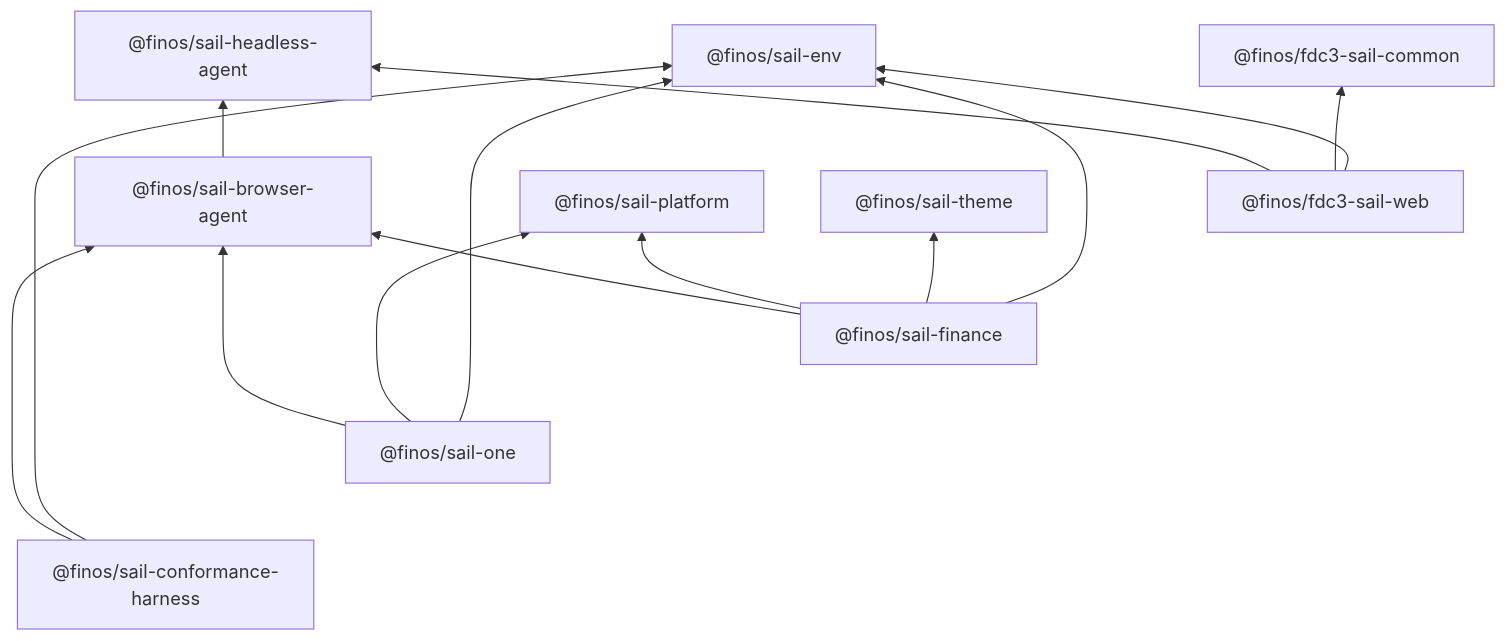
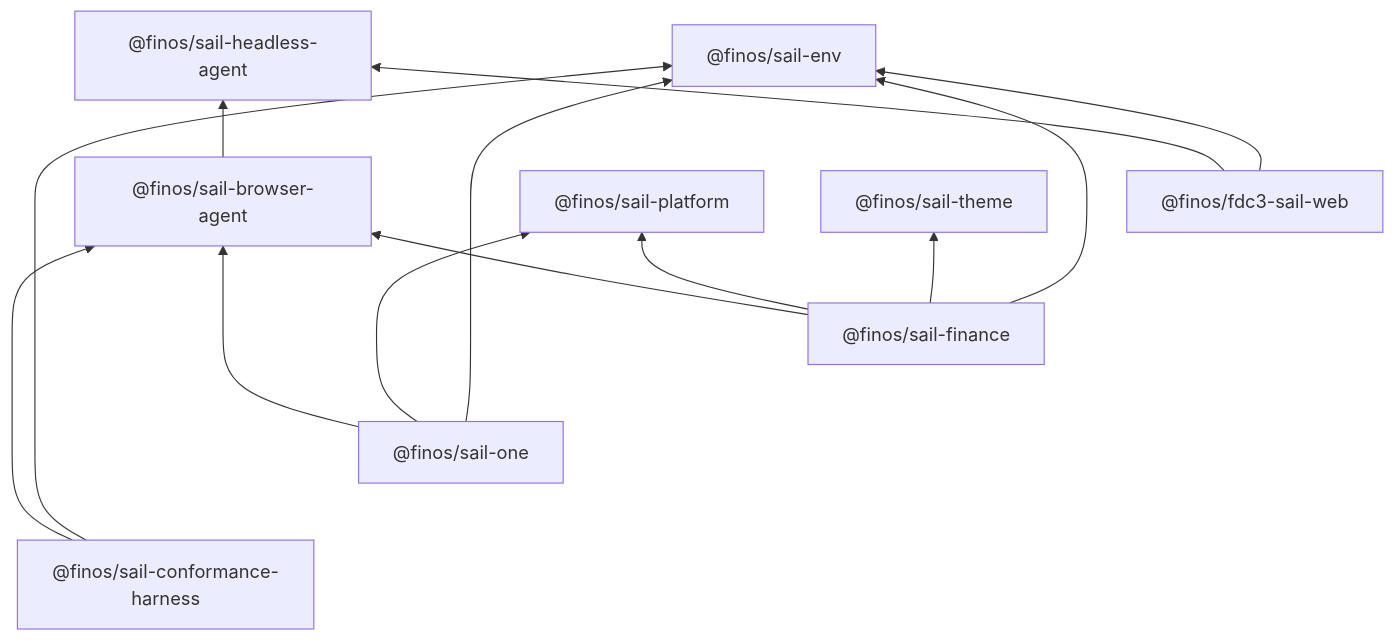
The diagram in README.md (finos/FDC3-Sail), drawn with Mermaid before and after one commit. The commit also changed other lines of this file and 61 other files, not shown here.

Commit message:
Removed the sail-v2-common package

````diff
--- a/README.md
+++ b/README.md
@@ -37,29 +37,27 @@
 ```mermaid
 graph BT
   Engine["@finos/sail-headless-agent"]
   Env["@finos/sail-env"]
   Theme["@finos/sail-theme"]
   Platform["@finos/sail-platform"]
-  Common["@finos/fdc3-sail-common"]
   DA["@finos/sail-browser-agent"]
   V2["@finos/fdc3-sail-web"]
   Harness["@finos/sail-conformance-harness"]
   One["@finos/sail-one"]
   Finance["@finos/sail-finance"]
 
   DA --> Engine
   V2 --> Engine
-  V2 --> Common
   V2 --> Env
   Harness --> DA
   Harness --> Env
   One --> DA
   One --> Platform
   One --> Env
   Finance --> DA
   Finance --> Platform
   Finance --> Theme
   Finance --> Env
 
   Harness ~~~ One ~~~ Finance ~~~ V2
 ```
````
